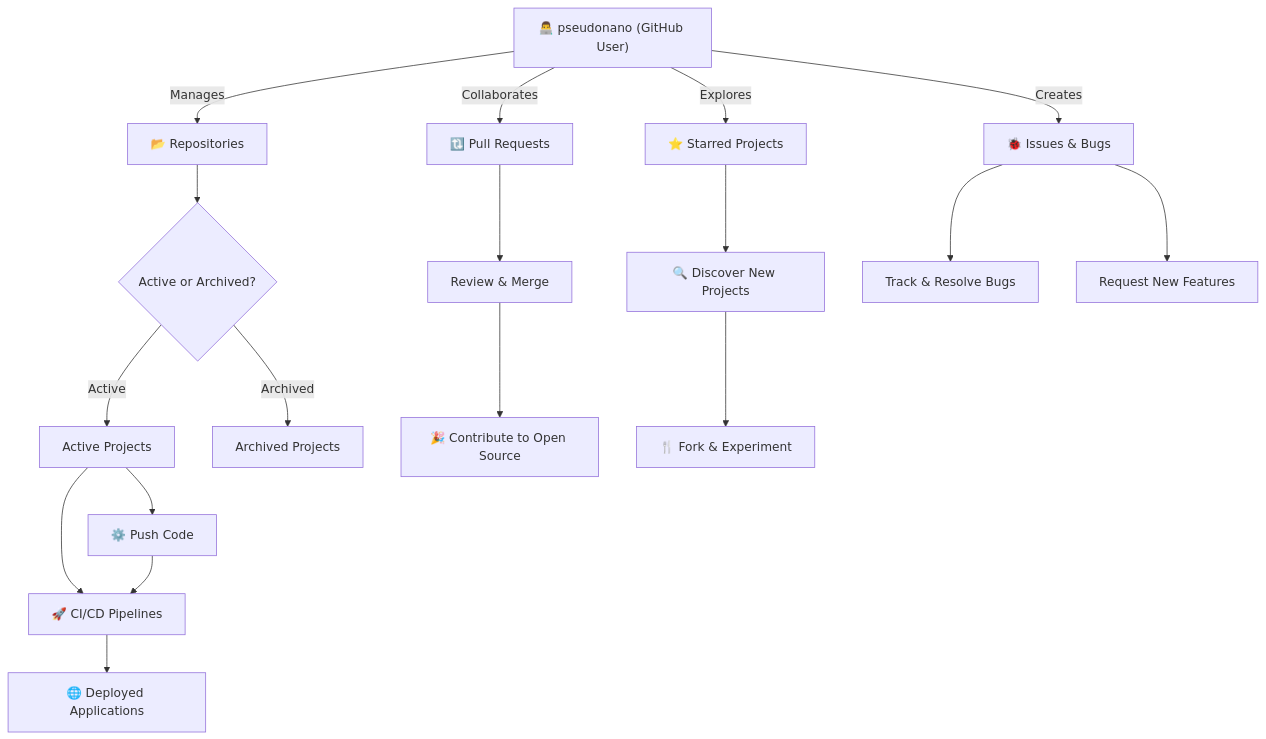
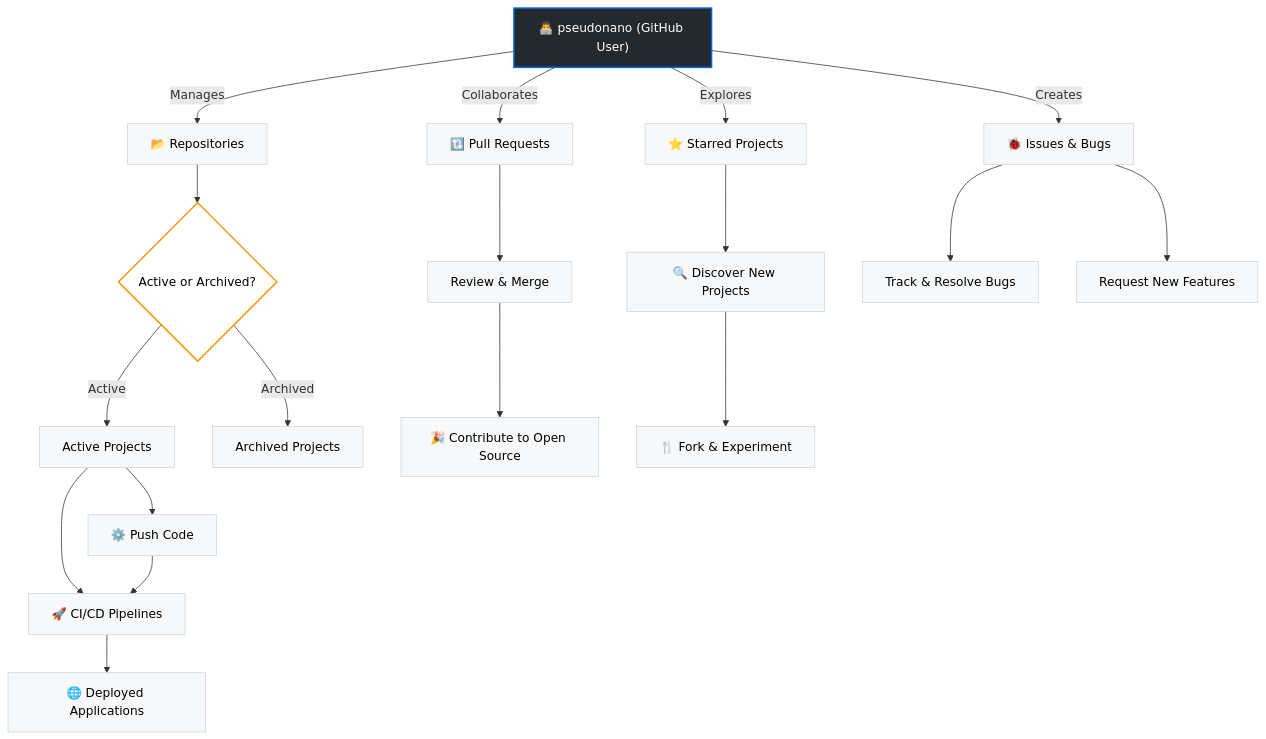
Before and after one commit to pseudonano/pseudonano: the diagram in README.md, drawn with Mermaid.

````diff
--- a/README.md
+++ b/README.md
@@ -3,32 +3,41 @@
 ```mermaid
 graph TD
   %% User Node
     User["👨‍💻 pseudonano (GitHub User)"]
 
     %% Main Activities
     User -->|Manages| Repos[📂 Repositories]
     User -->|Collaborates| PullRequests[🔃 Pull Requests]
     User -->|Explores| Stars[⭐ Starred Projects]
     User -->|Creates| Issues[🐞 Issues & Bugs]
 
     %% Repositories Workflow
     Repos --> RepoStatus{"Active or Archived?"}
     RepoStatus -->|Active| ActiveRepos["Active Projects"]
     RepoStatus -->|Archived| ArchivedRepos["Archived Projects"]
     ActiveRepos --> CodePush[⚙️ Push Code]
     ActiveRepos --> CI_CD[🚀 CI/CD Pipelines]
     CodePush --> CI_CD
     CI_CD --> Deployed[🌐 Deployed Applications]
 
     %% Pull Requests Workflow
     PullRequests --> ReviewPRs["Review & Merge"]
     ReviewPRs --> Contribute[🎉 Contribute to Open Source]
 
     %% Stars and Exploration
     Stars --> Explore[🔍 Discover New Projects]
     Explore --> Fork[🍴 Fork & Experiment]
 
     %% Issues Workflow
     Issues --> TrackBugs["Track & Resolve Bugs"]
     Issues --> FeatureRequests["Request New Features"]
+
+ %% Styling
+    classDef userStyle fill:#24292e,stroke:#0366d6,color:#ffffff,stroke-width:2px;
+    classDef nodeStyle fill:#f6f8fa,stroke:#d1d5da,color:#000000,stroke-width:1px;
+    classDef decisionStyle fill:#ffffff,stroke:#f39c12,color:#000000,stroke-width:2px,shape:diamond;
+
+    class User userStyle;
+    class Repos,PullRequests,Stars,Issues,ActiveRepos,ArchivedRepos,CodePush,CI_CD,Deployed,ReviewPRs,Contribute,Explore,Fork,TrackBugs,FeatureRequests nodeStyle;
+    class RepoStatus decisionStyle;
 ```
````
